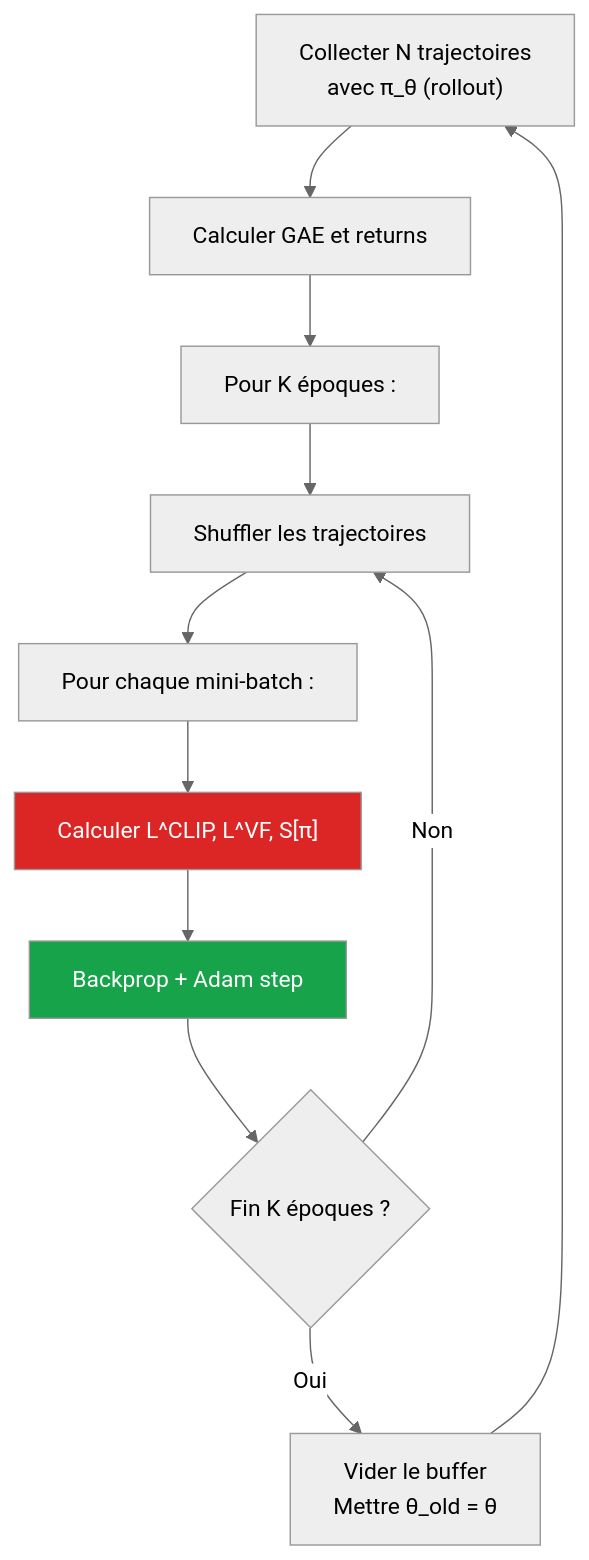
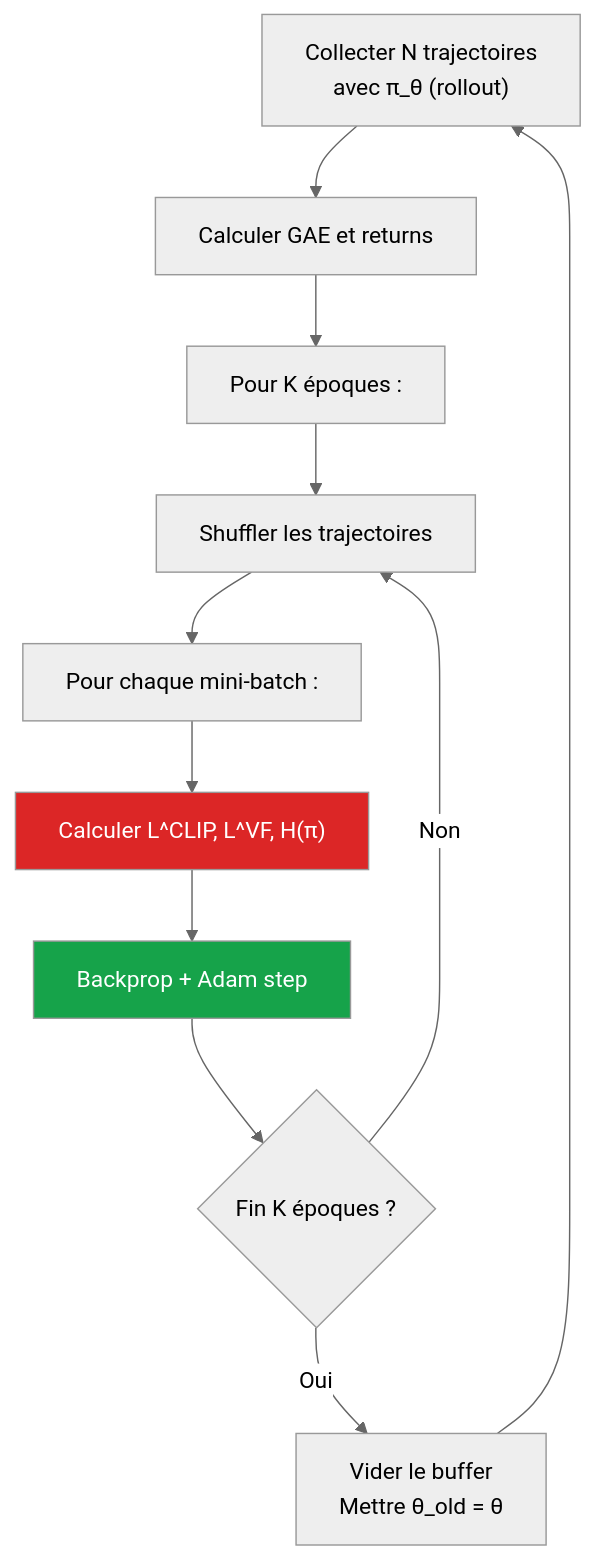
The seventh of 19 diagrams in 25-PPO-La-méthode-de-référence-du-Deep-RL-moderne.md (inskillflow/apprentissage-par-renforcement-fr), drawn with Mermaid (neutral theme) before and after one commit. The commit also changed other lines of this file, not shown here.

````diff
--- a/25-PPO-La-méthode-de-référence-du-Deep-RL-moderne.md
+++ b/25-PPO-La-méthode-de-référence-du-Deep-RL-moderne.md
@@ -794,15 +794,15 @@
 ```mermaid
 flowchart TD
     A["Collecter N trajectoires<br/>avec π_θ (rollout)"] --> B["Calculer GAE et returns"]
     B --> C["Pour K époques :"]
     C --> D["  Shuffler les trajectoires"]
     D --> E["  Pour chaque mini-batch :"]
-    E --> F["    Calculer L^CLIP, L^VF, S[π]"]
+    E --> F["    Calculer L^CLIP, L^VF, H(π)"]
     F --> G["    Backprop + Adam step"]
     G --> H{"Fin K époques ?"}
     H -->|"Non"| D
     H -->|"Oui"| I["Vider le buffer<br/>Mettre θ_old = θ"]
     I --> A
     style F fill:#dc2626,color:#fff
     style G fill:#16a34a,color:#fff
 ```
````
